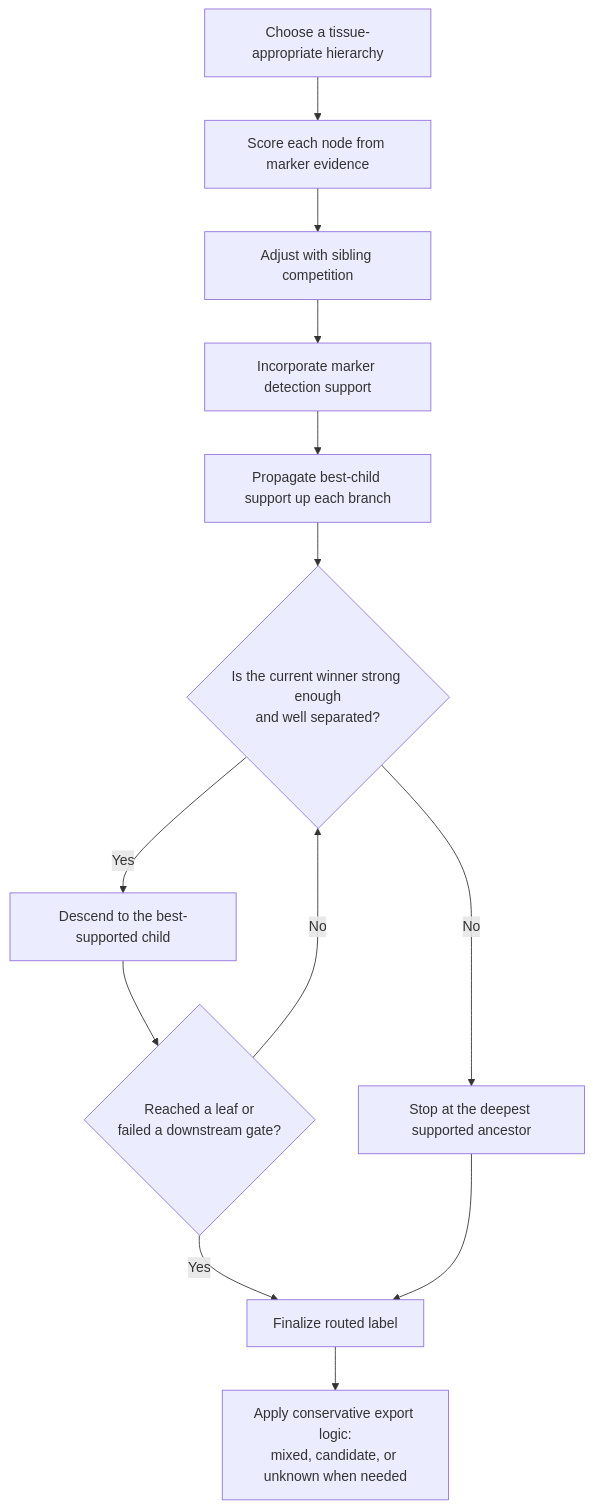
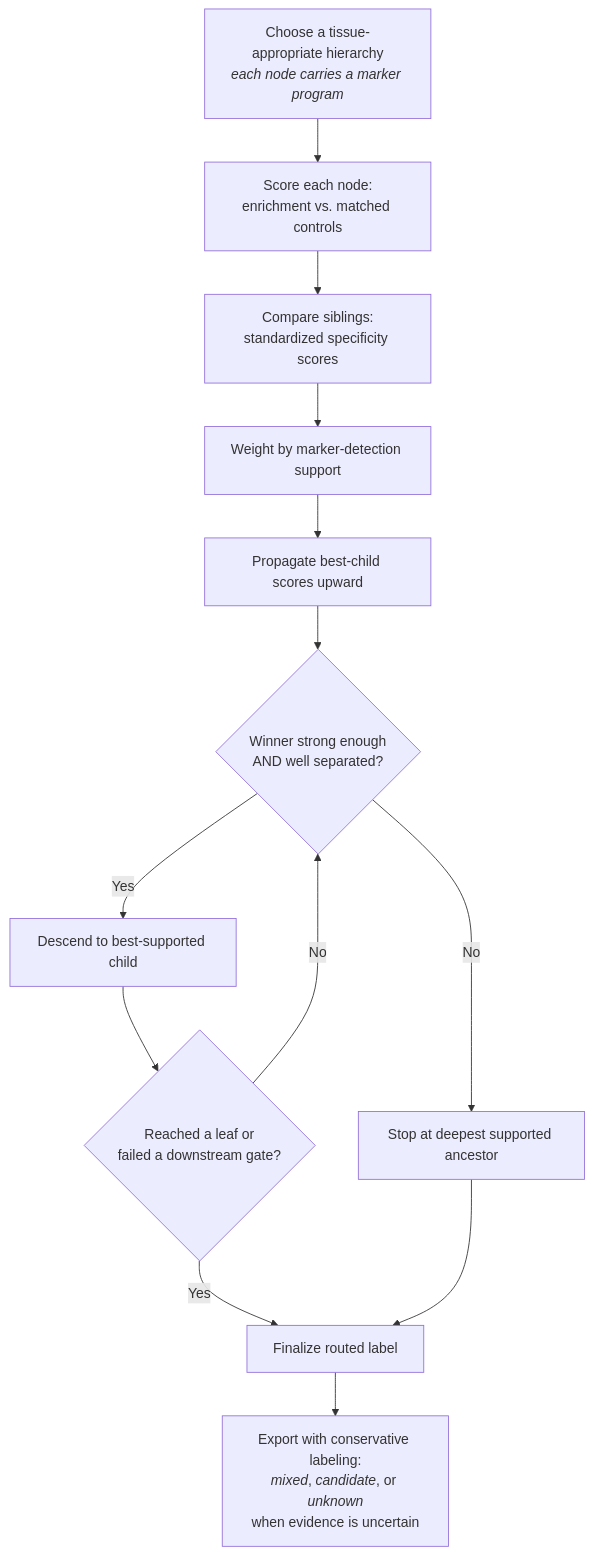
The diagram in posts/auto-cluster-naming/index.qmd (Nanostring-Biostats/CosMx-Analysis-Scratch-Space), drawn with Mermaid before and after one commit. The commit also changed other lines of this file and 1 other file, not shown here.

````diff
--- a/posts/auto-cluster-naming/index.qmd
+++ b/posts/auto-cluster-naming/index.qmd
@@ -68,15 +83,15 @@
 ```{mermaid}
 flowchart TD
-    A[Choose a tissue-appropriate hierarchy] --> B[Score each node from marker evidence]
-    B --> C[Adjust with sibling competition]
-    C --> D[Incorporate marker detection support]
-    D --> E[Propagate best-child support up each branch]
-    E --> F{"Is the current winner strong enough<br/>and well separated?"}
-    F -- Yes --> G[Descend to the best-supported child]
-    F -- No --> H[Stop at the deepest supported ancestor]
+    A["Choose a tissue-appropriate hierarchy<br/><i>each node carries a marker program</i>"] --> B["Score each node:<br/>enrichment vs. matched controls"]
+    B --> C["Compare siblings:<br/>standardized specificity scores"]
+    C --> D["Weight by marker-detection support"]
+    D --> E["Propagate best-child scores upward"]
+    E --> F{"Winner strong enough<br/>AND well separated?"}
+    F -- Yes --> G["Descend to best-supported child"]
+    F -- No --> H["Stop at deepest supported ancestor"]
     G --> I{"Reached a leaf or<br/>failed a downstream gate?"}
     I -- No --> F
-    I -- Yes --> J[Finalize routed label]
+    I -- Yes --> J["Finalize routed label"]
     H --> J
-    J --> K[Apply conservative export logic:<br/>mixed, candidate, or unknown when needed]
+    J --> K["Export with conservative labeling:<br/><i>mixed</i>, <i>candidate</i>, or <i>unknown</i><br/>when evidence is uncertain"]
 ```
````
